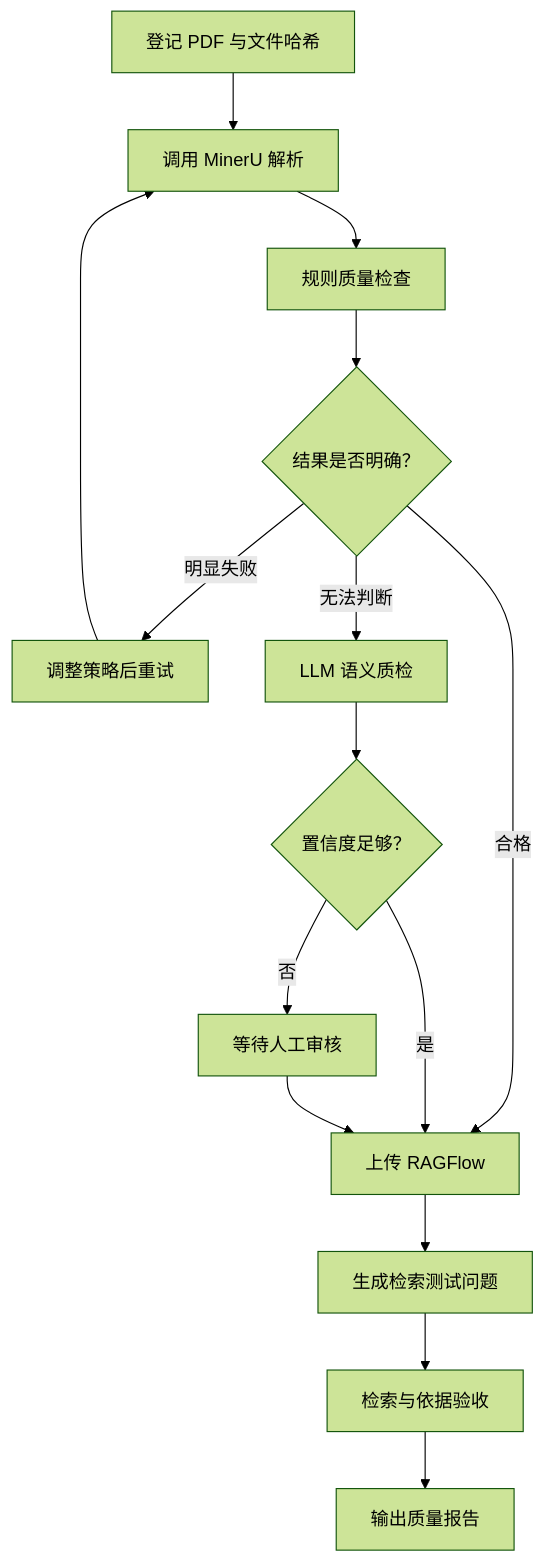
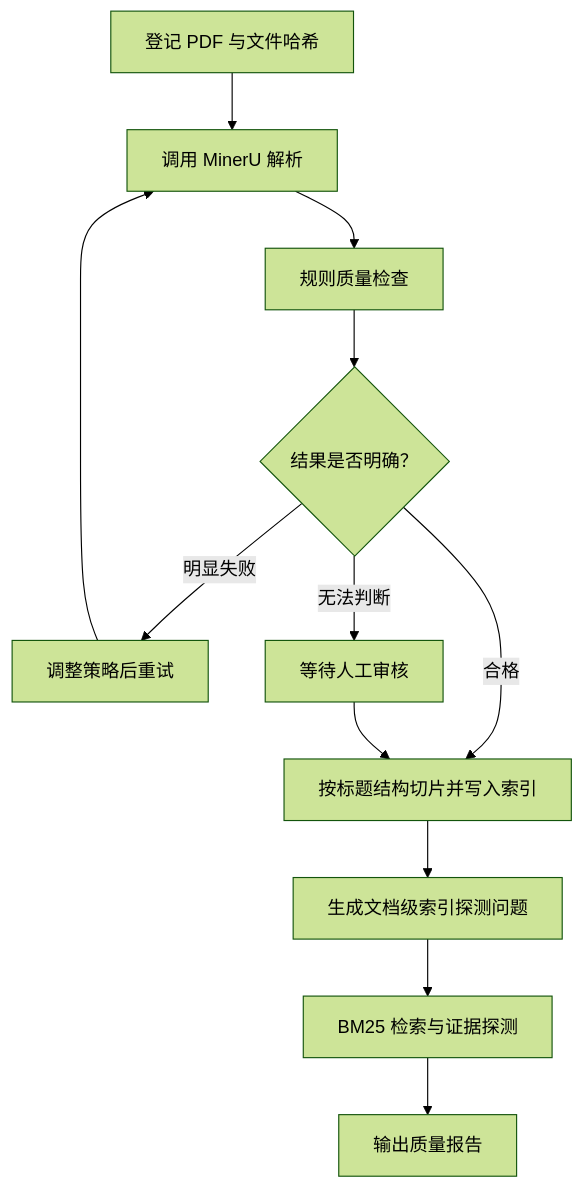
One commit to oranchpekoe/paperops-agent changed the diagram in README.md. Above: the diagram before and after it, drawn with Mermaid (forest theme). The commit also changed other lines of this file and 34 other files, not shown here.

````diff
--- a/README.md
+++ b/README.md
@@ -38,17 +38,14 @@
 ```mermaid
 flowchart TD
     A["登记 PDF 与文件哈希"] --> B["调用 MinerU 解析"]
     B --> C["规则质量检查"]
     C --> D{"结果是否明确？"}
-    D -->|"合格"| E["上传 RAGFlow"]
+    D -->|"合格"| E["按标题结构切片并写入索引"]
     D -->|"明显失败"| F["调整策略后重试"]
-    D -->|"无法判断"| G["LLM 语义质检"]
-    G --> H{"置信度足够？"}
-    H -->|"是"| E
-    H -->|"否"| I["等待人工审核"]
+    D -->|"无法判断"| I["等待人工审核"]
     I --> E
     F --> B
-    E --> J["生成检索测试问题"]
-    J --> K["检索与依据验收"]
+    E --> J["生成文档级索引探测问题"]
+    J --> K["BM25 检索与证据探测"]
     K --> L["输出质量报告"]
 ```
````
